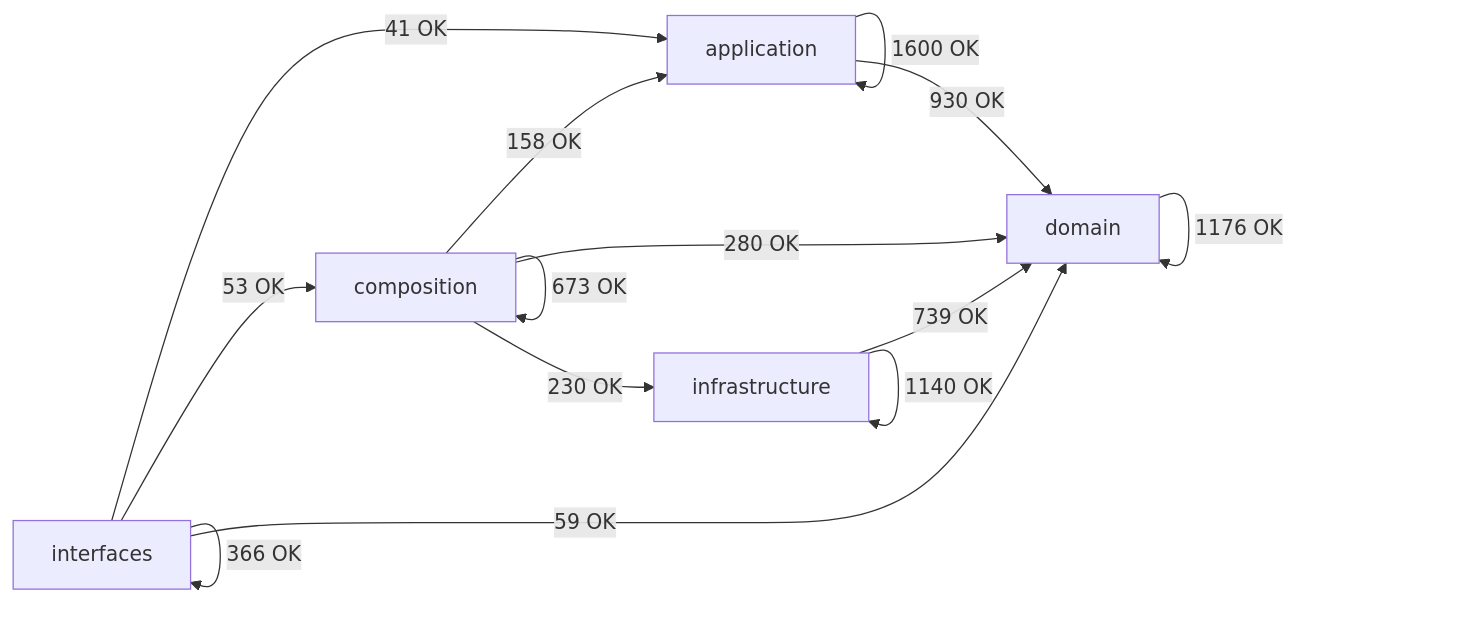
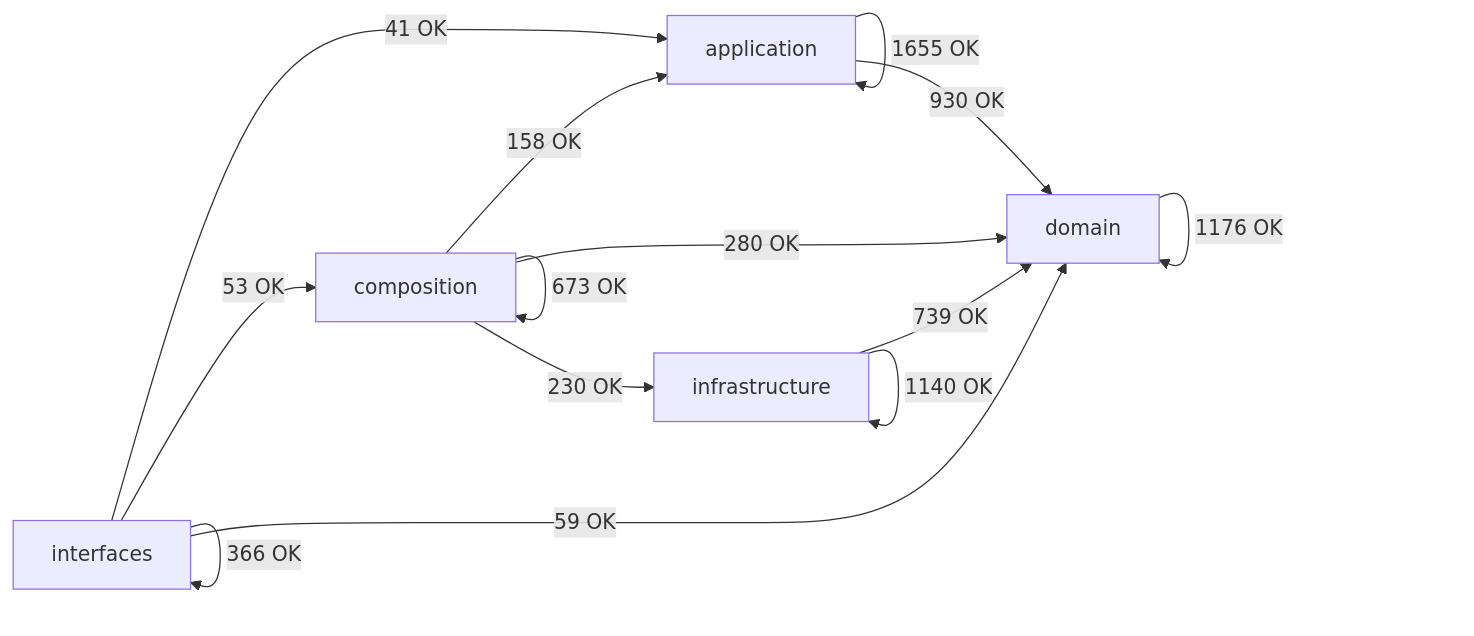
Before and after one commit to SatoryKono/BioactivityDataAcquisition: the diagram in docs/02-architecture/generated/module-dependency-map.md, drawn with Mermaid. The commit also changed other lines of this file and 1 other file, not shown here.

Commit message:
docs: refresh architecture dependency map

````diff
--- a/docs/02-architecture/generated/module-dependency-map.md
+++ b/docs/02-architecture/generated/module-dependency-map.md
@@ -17,21 +17,21 @@
 ```mermaid
 flowchart LR
     domain[domain]
     application[application]
     infrastructure[infrastructure]
     composition[composition]
     interfaces[interfaces]
-    application -->|1600 OK| application
+    application -->|1655 OK| application
     application -->|930 OK| domain
     composition -->|158 OK| application
     composition -->|673 OK| composition
     composition -->|280 OK| domain
     composition -->|230 OK| infrastructure
     domain -->|1176 OK| domain
     infrastructure -->|739 OK| domain
     infrastructure -->|1140 OK| infrastructure
     interfaces -->|41 OK| application
     interfaces -->|53 OK| composition
     interfaces -->|59 OK| domain
     interfaces -->|366 OK| interfaces
 ```
````
